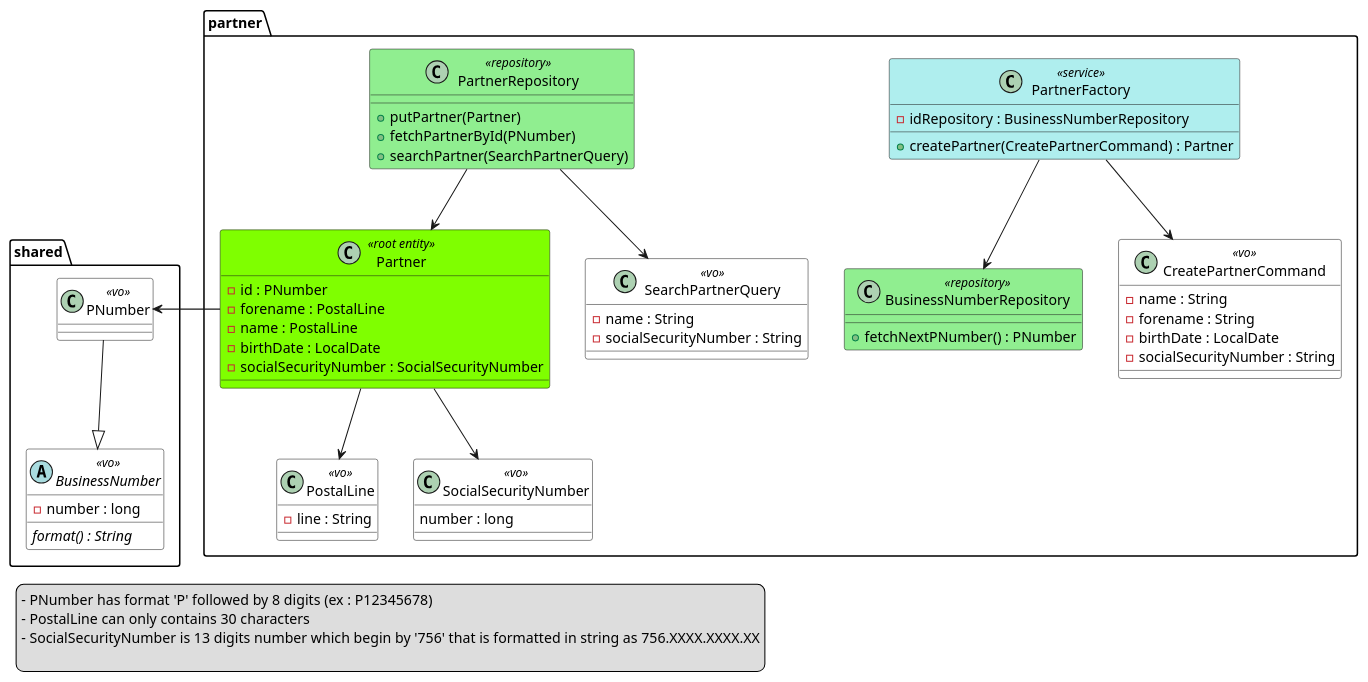
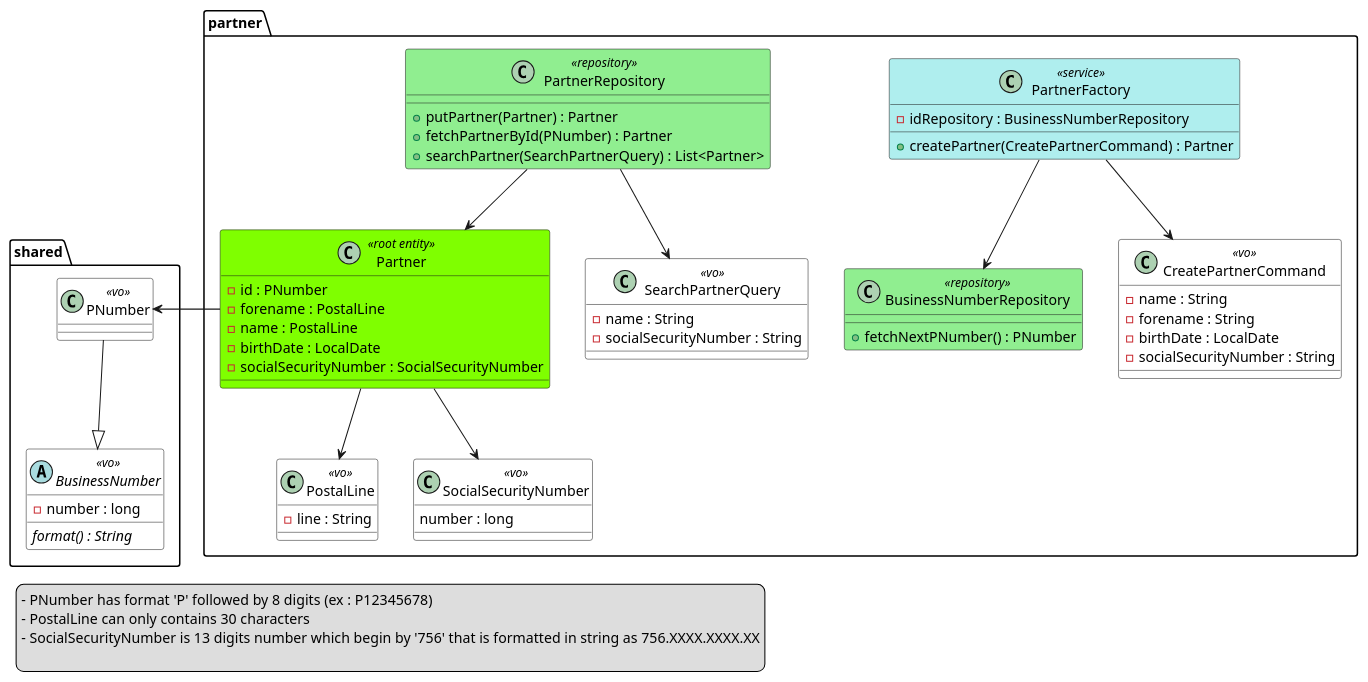
Before and after one commit to McKratt/microservice-sandbox: the diagram in person/person-domain/PersonDomain.puml, drawn with PlantUML. The commit also changed 7 other files, not shown here.

```diff
--- a/person/person-domain/PersonDomain.puml
+++ b/person/person-domain/PersonDomain.puml
@@ -1,79 +1,79 @@
 @startuml
 skinparam class {
     BackgroundColor<<root entity>> #chartreuse
     BackgroundColor<<entity>> #DodgerBlue
     FontColor<<entity>> #Linen
     AttributeFontColor<<entity>> #Linen
     StereotypeFontColor<<entity>> #Linen
     BackgroundColor<<vo>> #White
     BackgroundColor<<service>> #PaleTurquoise
     BackgroundColor<<repository>> #lightgreen
 }
 
 package partner {
     class PartnerFactory <<service>> {
         - idRepository : BusinessNumberRepository
         + createPartner(CreatePartnerCommand) : Partner
     }
     class BusinessNumberRepository <<repository>> {
         + fetchNextPNumber() : PNumber
     }
     class PartnerRepository <<repository>> {
-        + putPartner(Partner)
-        + fetchPartnerById(PNumber)
-        + searchPartner(SearchPartnerQuery)
+        + putPartner(Partner) : Partner
+        + fetchPartnerById(PNumber) : Partner
+        + searchPartner(SearchPartnerQuery) : List<Partner>
     }
     class CreatePartnerCommand <<vo>> {
         - name : String
         - forename : String
         - birthDate : LocalDate
         - socialSecurityNumber : String
     }
     class SearchPartnerQuery <<vo>> {
         - name : String
         - socialSecurityNumber : String
     }
     class Partner <<root entity>> {
         - id : PNumber
         - forename : PostalLine
         - name : PostalLine
         - birthDate : LocalDate
         - socialSecurityNumber : SocialSecurityNumber
     }
     class PostalLine <<vo>> {
         - line : String
     }
     class SocialSecurityNumber <<vo>> {
         number : long
     }
     PartnerFactory --> BusinessNumberRepository
     PartnerFactory --> CreatePartnerCommand
 
     PartnerRepository --> Partner
     PartnerRepository --> SearchPartnerQuery
 
     Partner --> PostalLine
     Partner --> SocialSecurityNumber
 }
 
 package shared {
     class PNumber <<vo>>
 
     abstract BusinessNumber <<vo>> {
         - number : long
         {abstract} format() : String
     }
 
     PNumber --|> BusinessNumber
 }
 
 Partner -left-> PNumber
 
 legend left
 - PNumber has format 'P' followed by 8 digits (ex : P12345678)
 - PostalLine can only contains 30 characters
 - SocialSecurityNumber is 13 digits number which begin by '756' that is formatted in string as 756.XXXX.XXXX.XX
 
 end legend
 
 @enduml
```
